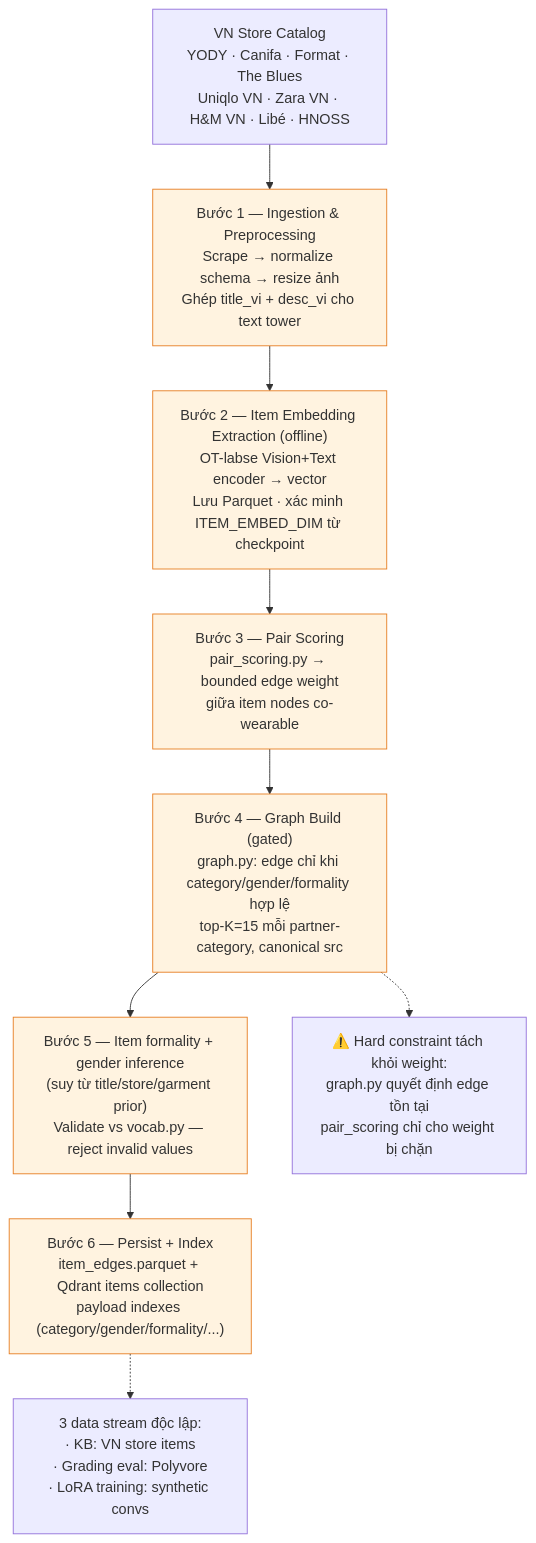
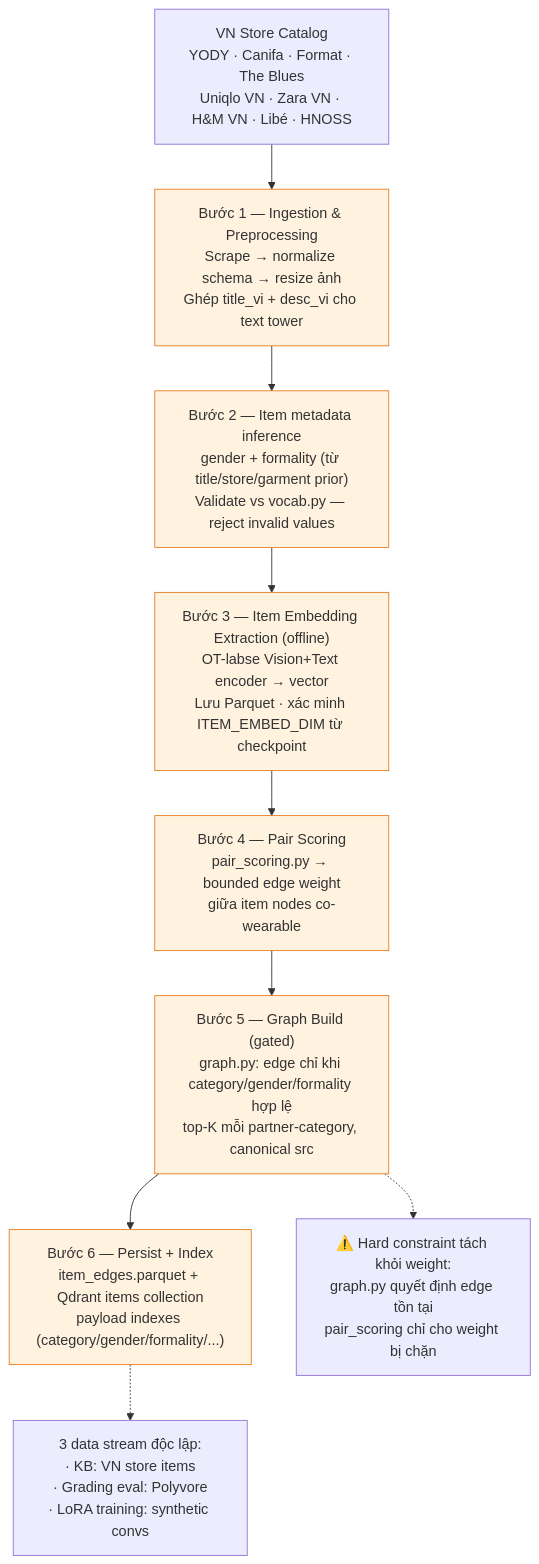
One commit to Lendo-Stylix/fashion_match changed the third of 4 diagrams in docs/presentation/SO_DO_MERMAID.md. Above: the diagram before and after it, drawn with Mermaid. The commit also changed other lines of this file and 7 other files, not shown here.

Commit message:
Updated graphDB docs

````diff
--- a/docs/presentation/SO_DO_MERMAID.md
+++ b/docs/presentation/SO_DO_MERMAID.md
@@ -106,22 +108,41 @@
 ```mermaid
 flowchart TD
-    SRC["VN Store Catalog\nYODY · Canifa · Format · The Blues\nUniqlo VN · Zara VN · H&M VN · Libé · HNOSS"]
+    SRC["VN Store Catalog
+YODY · Canifa · Format · The Blues
+Uniqlo VN · Zara VN · H&M VN · Libé · HNOSS"]
 
-    S1["Bước 1 — Ingestion & Preprocessing\nScrape → normalize schema → resize ảnh\nGhép title_vi + desc_vi cho text tower"]
-    S2["Bước 2 — Item Embedding Extraction (offline)\nOT-labse Vision+Text encoder → vector\nLưu Parquet · xác minh ITEM_EMBED_DIM từ checkpoint"]
-    S3["Bước 3 — Pair Scoring\npair_scoring.py → bounded edge weight\ngiữa item nodes co-wearable"]
-    S4["Bước 4 — Graph Build (gated)\ngraph.py: edge chỉ khi category/gender/formality hợp lệ\ntop-K=15 mỗi partner-category, canonical src<dst"]
-    S5["Bước 5 — Item formality + gender inference\n(suy từ title/store/garment prior)\nValidate vs vocab.py — reject invalid values"]
-    S6["Bước 6 — Persist + Index\nitem_edges.parquet + Qdrant items collection\npayload indexes (category/gender/formality/...)"]
+    S1["Bước 1 — Ingestion & Preprocessing
+Scrape → normalize schema → resize ảnh
+Ghép title_vi + desc_vi cho text tower"]
+    S2["Bước 2 — Item metadata inference
+gender + formality (từ title/store/garment prior)
+Validate vs vocab.py — reject invalid values"]
+    S3["Bước 3 — Item Embedding Extraction (offline)
+OT-labse Vision+Text encoder → vector
+Lưu Parquet · xác minh ITEM_EMBED_DIM từ checkpoint"]
+    S4["Bước 4 — Pair Scoring
+pair_scoring.py → bounded edge weight
+giữa item nodes co-wearable"]
+    S5["Bước 5 — Graph Build (gated)
+graph.py: edge chỉ khi category/gender/formality hợp lệ
+top-K mỗi partner-category, canonical src<dst"]
+    S6["Bước 6 — Persist + Index
+item_edges.parquet + Qdrant items collection
+payload indexes (category/gender/formality/...)"]
 
     SRC --> S1 --> S2 --> S3 --> S4 --> S5 --> S6
 
-    NOTE1["⚠️ Hard constraint tách khỏi weight:\ngraph.py quyết định edge tồn tại\npair_scoring chỉ cho weight bị chặn"]
-    S4 -.-> NOTE1
+    NOTE1["⚠️ Hard constraint tách khỏi weight:
+graph.py quyết định edge tồn tại
+pair_scoring chỉ cho weight bị chặn"]
+    S5 -.-> NOTE1
 
-    NOTE2["3 data stream độc lập:\n· KB: VN store items\n· Grading eval: Polyvore\n· LoRA training: synthetic convs"]
+    NOTE2["3 data stream độc lập:
+· KB: VN store items
+· Grading eval: Polyvore
+· LoRA training: synthetic convs"]
     S6 -.-> NOTE2
 
     classDef step fill:#fff3e0,stroke:#e67e22
     class S1,S2,S3,S4,S5,S6 step
 ```
````
